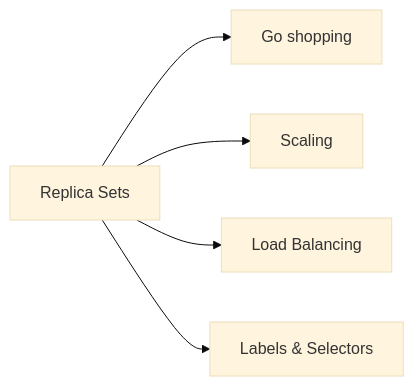
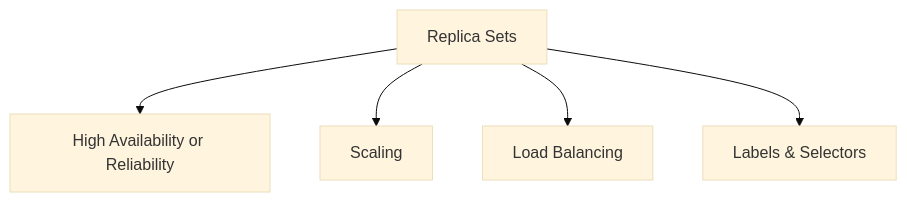
Before and after one commit to rtdevx/rtdevx.github.io: the diagram in content/posts/training/EKS/2026-terraform-aws-eks/09-eks-kubernetes-fundamentals/index.md, drawn with Mermaid (base theme).

Commit message:
Obsidian sync: 2026-03-05 18:33:53

```diff
--- a/content/posts/training/EKS/2026-terraform-aws-eks/09-eks-kubernetes-fundamentals/index.md
+++ b/content/posts/training/EKS/2026-terraform-aws-eks/09-eks-kubernetes-fundamentals/index.md
@@ -101,13 +101,13 @@
 {{< mermaid >}}
 
-flowchart LR
+flowchart TD
 
-    A[Replica Sets] -->B[Go shopping]
+    A[Replica Sets] -->B[High Availability or Reliability]
 
     A -->C[Scaling]
 
     A -->D[Load Balancing]
 
     A -->E[Labels & Selectors]
 
 {{< /mermaid >}}
```
